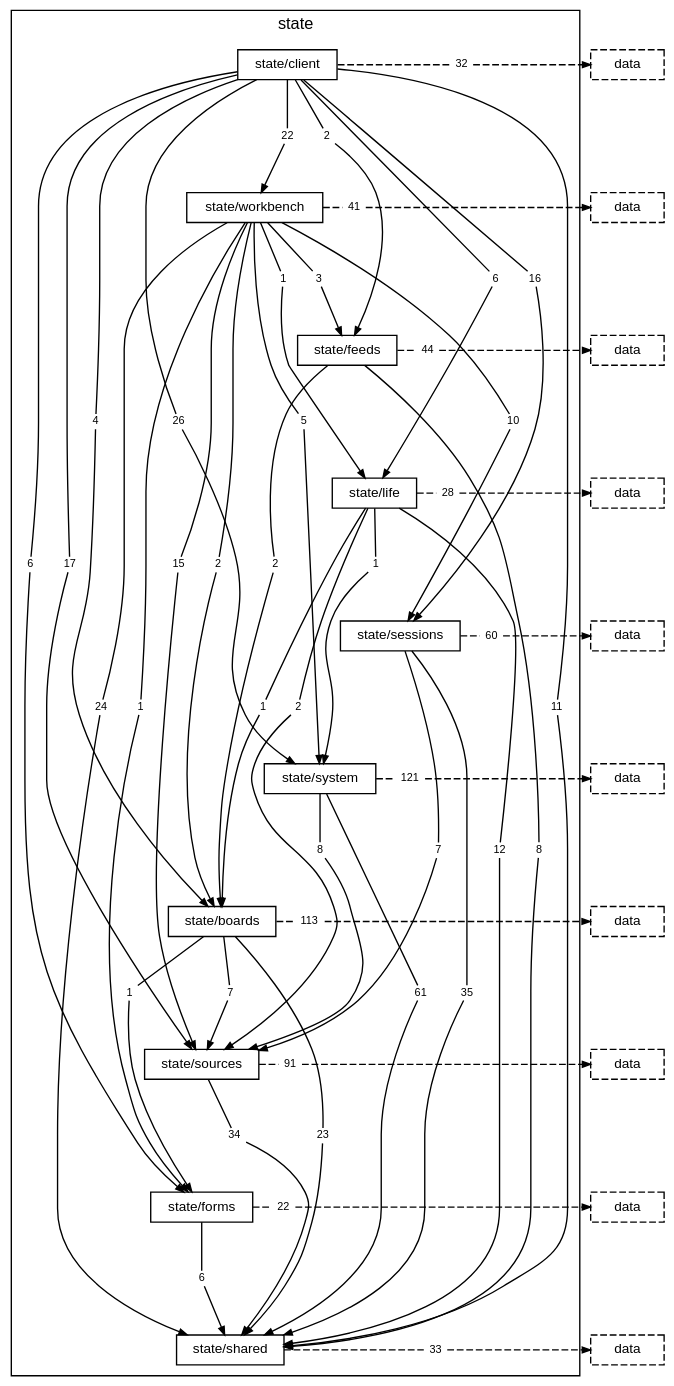
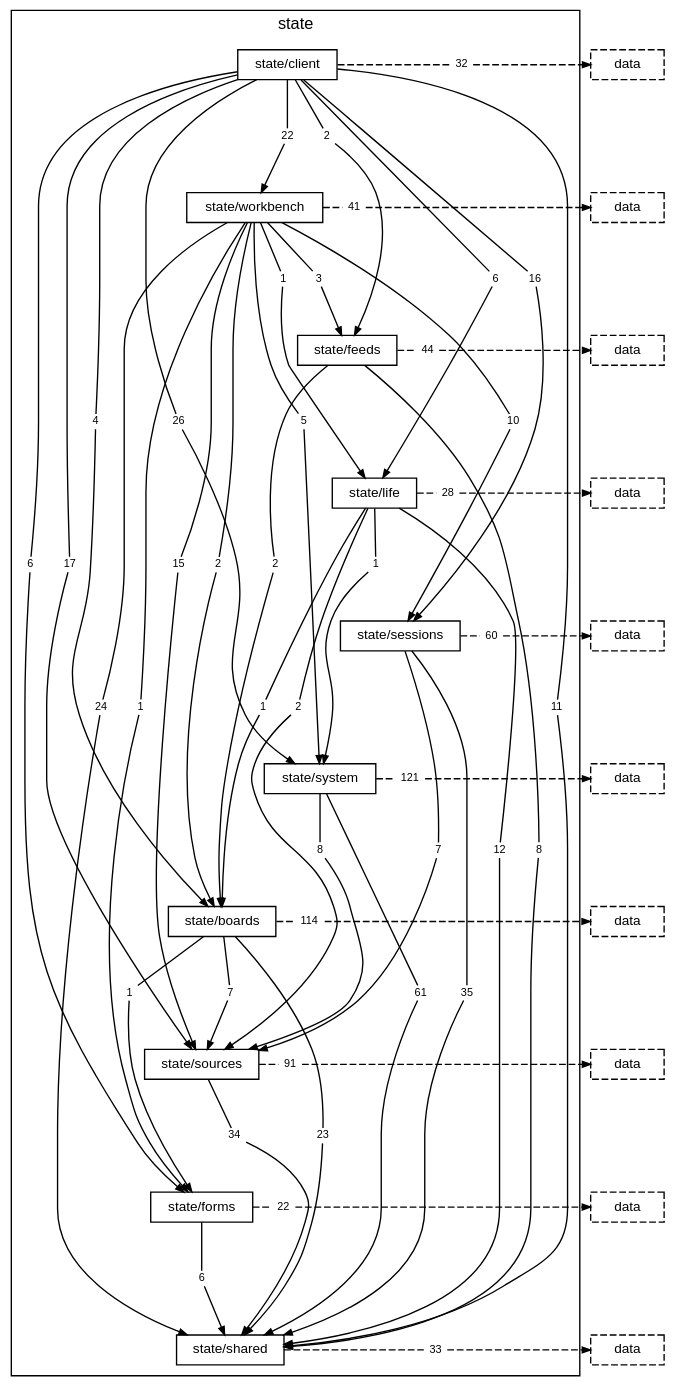
Before and after one commit to TheAxeC/oculus: the diagram in docs/diagrams/layer-state.dot, drawn with Graphviz. The commit also changed 28 other files, not shown here.

```diff
--- a/docs/diagrams/layer-state.dot
+++ b/docs/diagrams/layer-state.dot
@@ -50,7 +50,7 @@
         "folder state/boards to folder state/forms" [label="1", shape=box, color="transparent", fontsize=8, width=0, height=0, margin="0.04,0.02"];
         "folder state/boards to folder state/shared" [label="23", shape=box, color="transparent", fontsize=8, width=0, height=0, margin="0.04,0.02"];
         "folder state/boards to folder state/sources" [label="7", shape=box, color="transparent", fontsize=8, width=0, height=0, margin="0.04,0.02"];
-        "folder state/boards to layer data" [label="113", shape=box, color="transparent", fontsize=8, width=0, height=0, margin="0.04,0.02"];
+        "folder state/boards to layer data" [label="114", shape=box, color="transparent", fontsize=8, width=0, height=0, margin="0.04,0.02"];
         "folder state/sources to folder state/shared" [label="34", shape=box, color="transparent", fontsize=8, width=0, height=0, margin="0.04,0.02"];
         "folder state/sources to layer data" [label="91", shape=box, color="transparent", fontsize=8, width=0, height=0, margin="0.04,0.02"];
         "folder state/forms to folder state/shared" [label="6", shape=box, color="transparent", fontsize=8, width=0, height=0, margin="0.04,0.02"];
```
